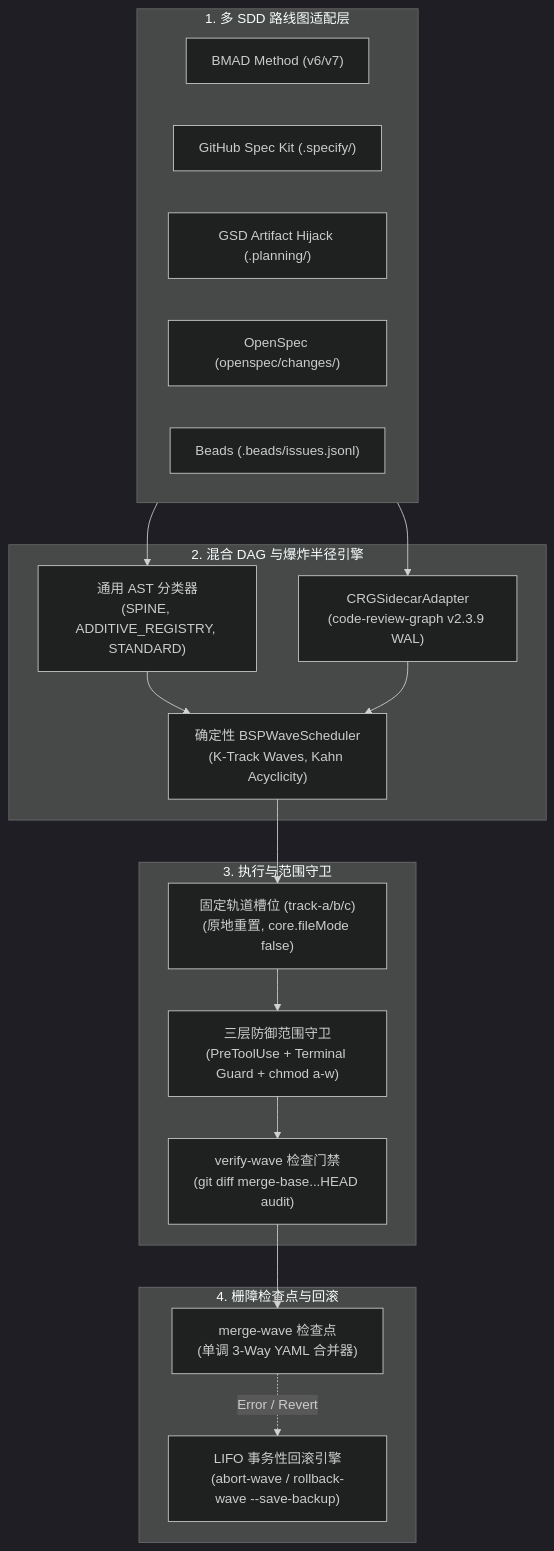
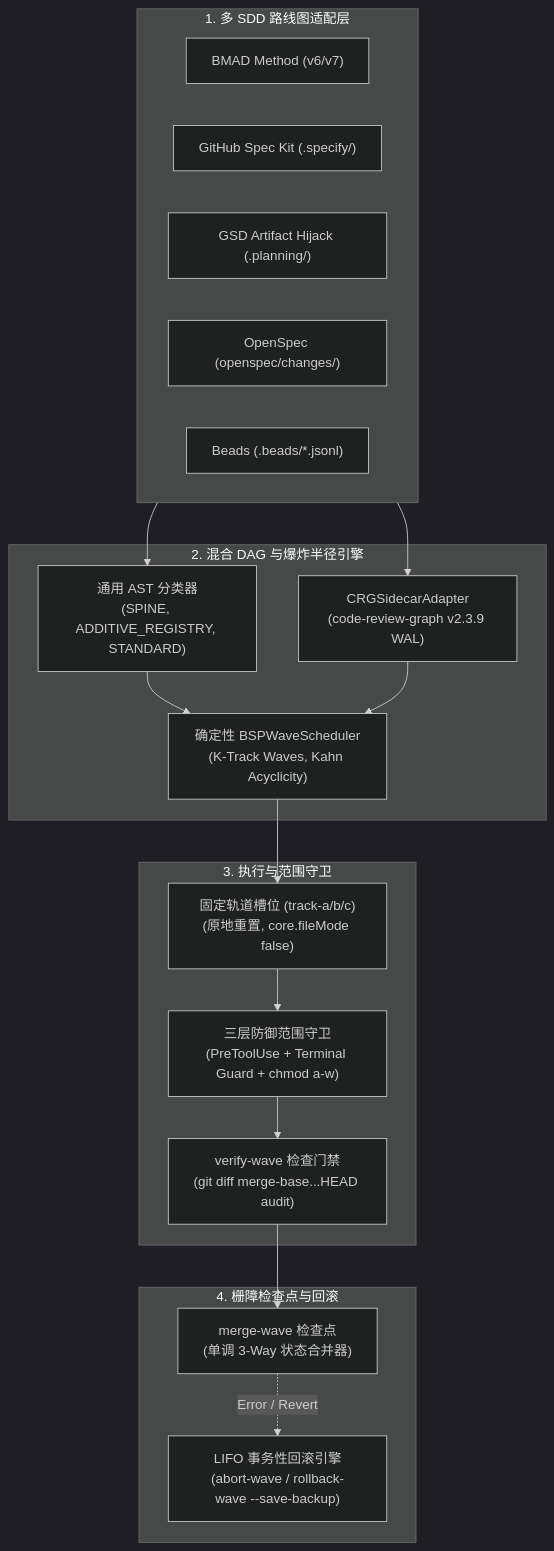
Before and after one commit to stopActingSoSmall/sdd-parallel: the diagram in docs/i18n/zh-CN/README.md, drawn with Mermaid (dark theme). The commit also changed other lines of this file and 14 other files, not shown here.

````diff
--- a/docs/i18n/zh-CN/README.md
+++ b/docs/i18n/zh-CN/README.md
@@ -157,34 +543,34 @@
 ```mermaid
 flowchart TD
     subgraph Inputs["1. 多 SDD 路线图适配层"]
         BMAD["BMAD Method (v6/v7)"]
         SpecKit["GitHub Spec Kit (.specify/)"]
         GSD["GSD Artifact Hijack (.planning/)"]
         OpenSpec["OpenSpec (openspec/changes/)"]
-        Beads["Beads (.beads/issues.jsonl)"]
+        Beads["Beads (.beads/*.jsonl)"]
     end
 
     subgraph Engine["2. 混合 DAG 与爆炸半径引擎"]
         AST["通用 AST 分类器\n(SPINE, ADDITIVE_REGISTRY, STANDARD)"]
         CRG["CRGSidecarAdapter\n(code-review-graph v2.3.9 WAL)"]
         BSP["确定性 BSPWaveScheduler\n(K-Track Waves, Kahn Acyclicity)"]
     end
 
     subgraph Actuation["3. 执行与范围守卫"]
         Slots["固定轨道槽位 (track-a/b/c)\n(原地重置, core.fileMode false)"]
         Guard["三层防御范围守卫\n(PreToolUse + Terminal Guard + chmod a-w)"]
         Verify["verify-wave 检查门禁\n(git diff merge-base...HEAD audit)"]
     end
 
     subgraph Barrier["4. 栅障检查点与回滚"]
-        Merge["merge-wave 检查点\n(单调 3-Way YAML 合并器)"]
+        Merge["merge-wave 检查点\n(单调 3-Way 状态合并器)"]
         Rollback["LIFO 事务性回滚引擎\n(abort-wave / rollback-wave --save-backup)"]
     end
 
     Inputs --> AST & CRG
     AST & CRG --> BSP
     BSP --> Slots
     Slots --> Guard --> Verify
     Verify --> Merge
     Merge -. Error / Revert .-> Rollback
 ```
````
